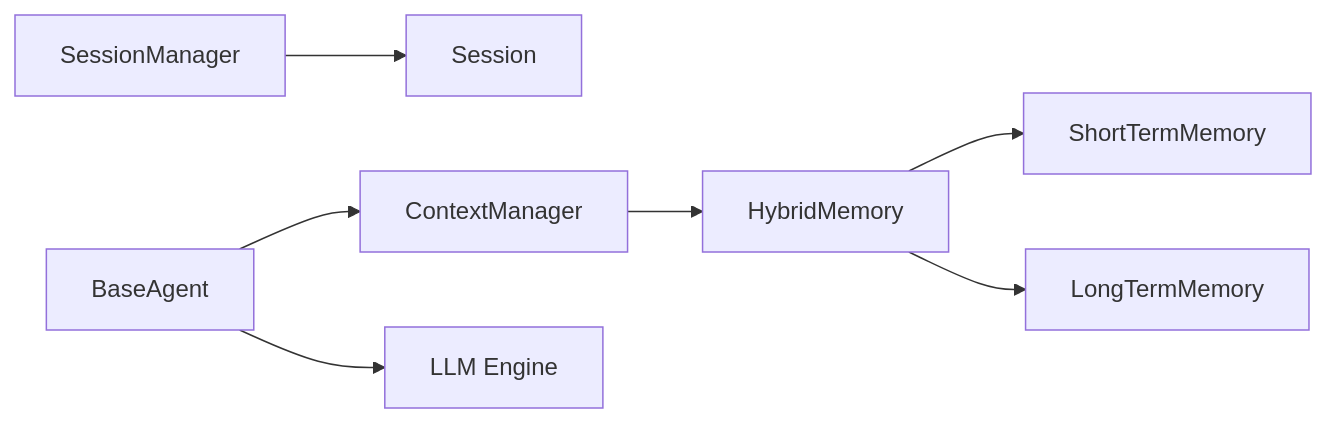
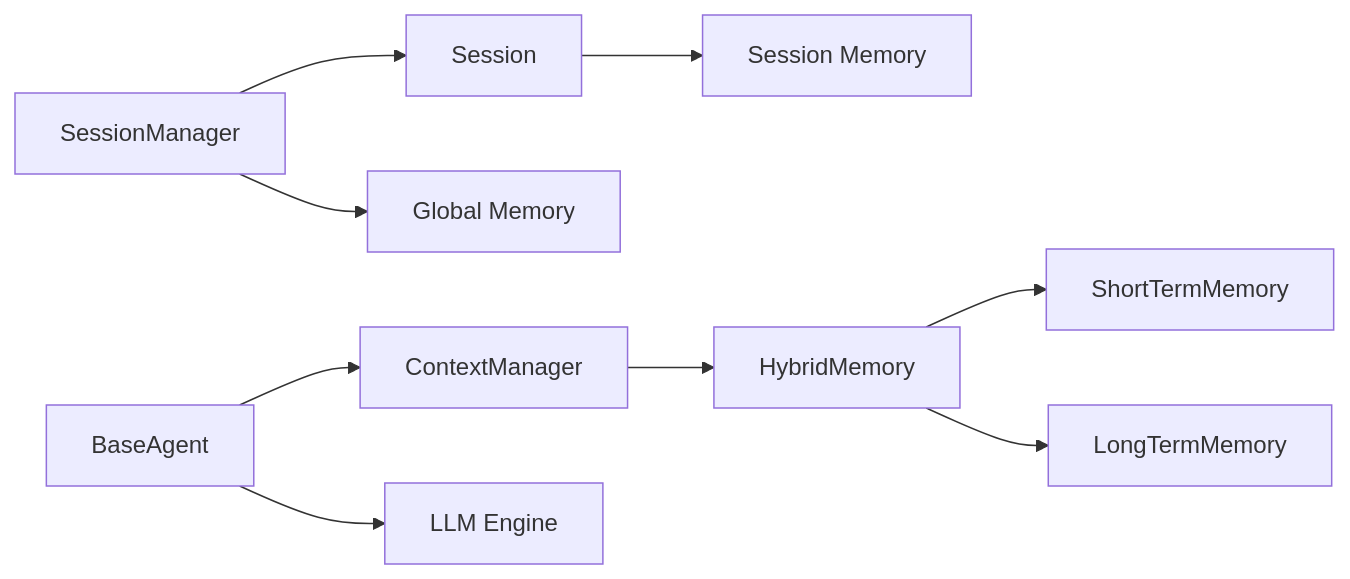
The seventh of 7 diagrams in .qoder/repowiki/en/content/Advanced Features/Session Management.md (1996Paul-Wen/HarnessAIDemo), drawn with Mermaid before and after one commit. The commit also changed other lines of this file and 4 other files, not shown here.

````diff
--- a/.qoder/repowiki/en/content/Advanced Features/Session Management.md
+++ b/.qoder/repowiki/en/content/Advanced Features/Session Management.md
@@ -342,9 +404,11 @@
 ```mermaid
 graph LR
 SM["SessionManager"] --> S["Session"]
+SM --> GM["Global Memory"]
+S --> SMem["Session Memory"]
 BA["BaseAgent"] --> CM["ContextManager"]
 CM --> HM["HybridMemory"]
 HM --> STM["ShortTermMemory"]
 HM --> LTM["LongTermMemory"]
 BA --> LLM["LLM Engine"]
 ```
````
